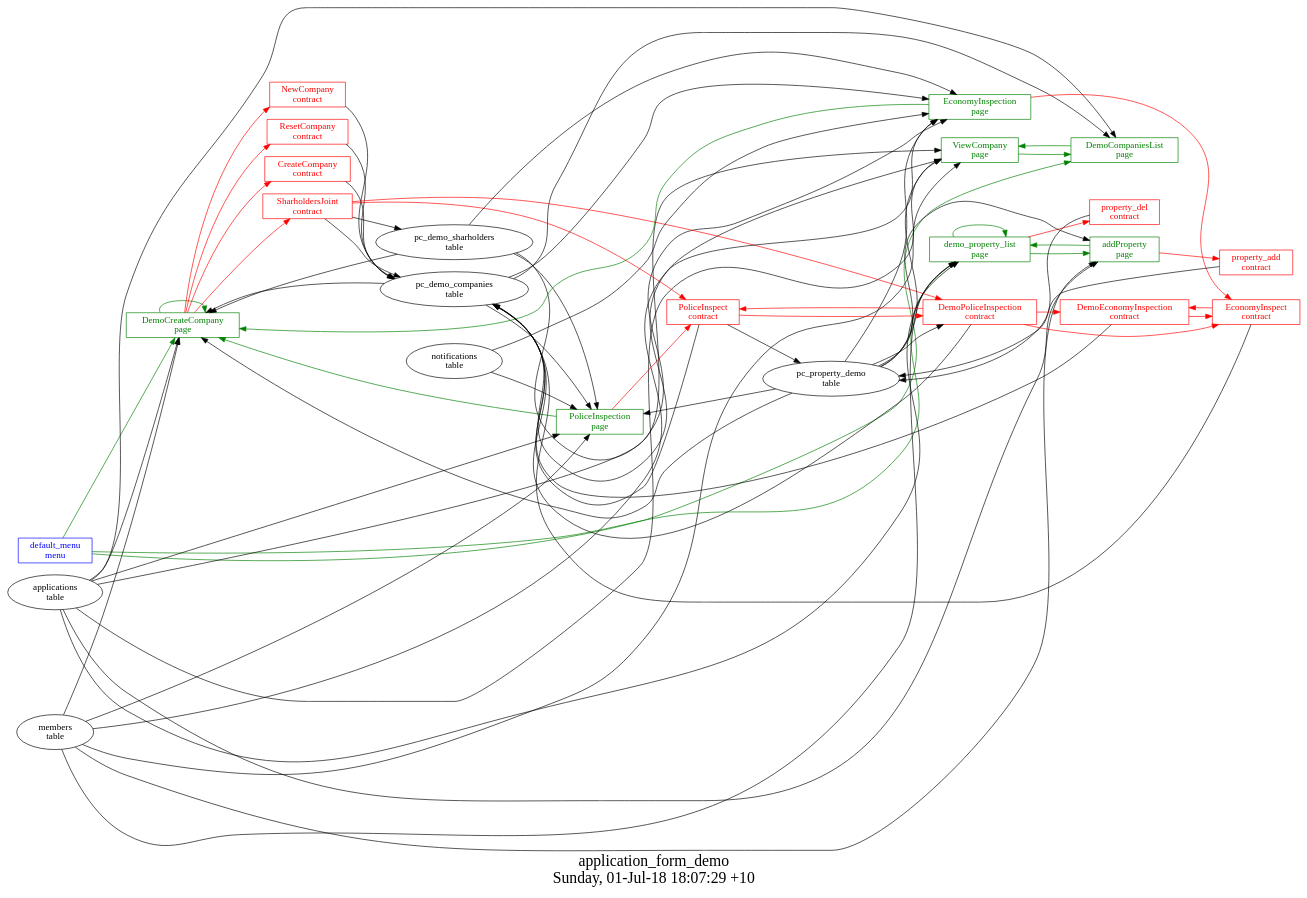
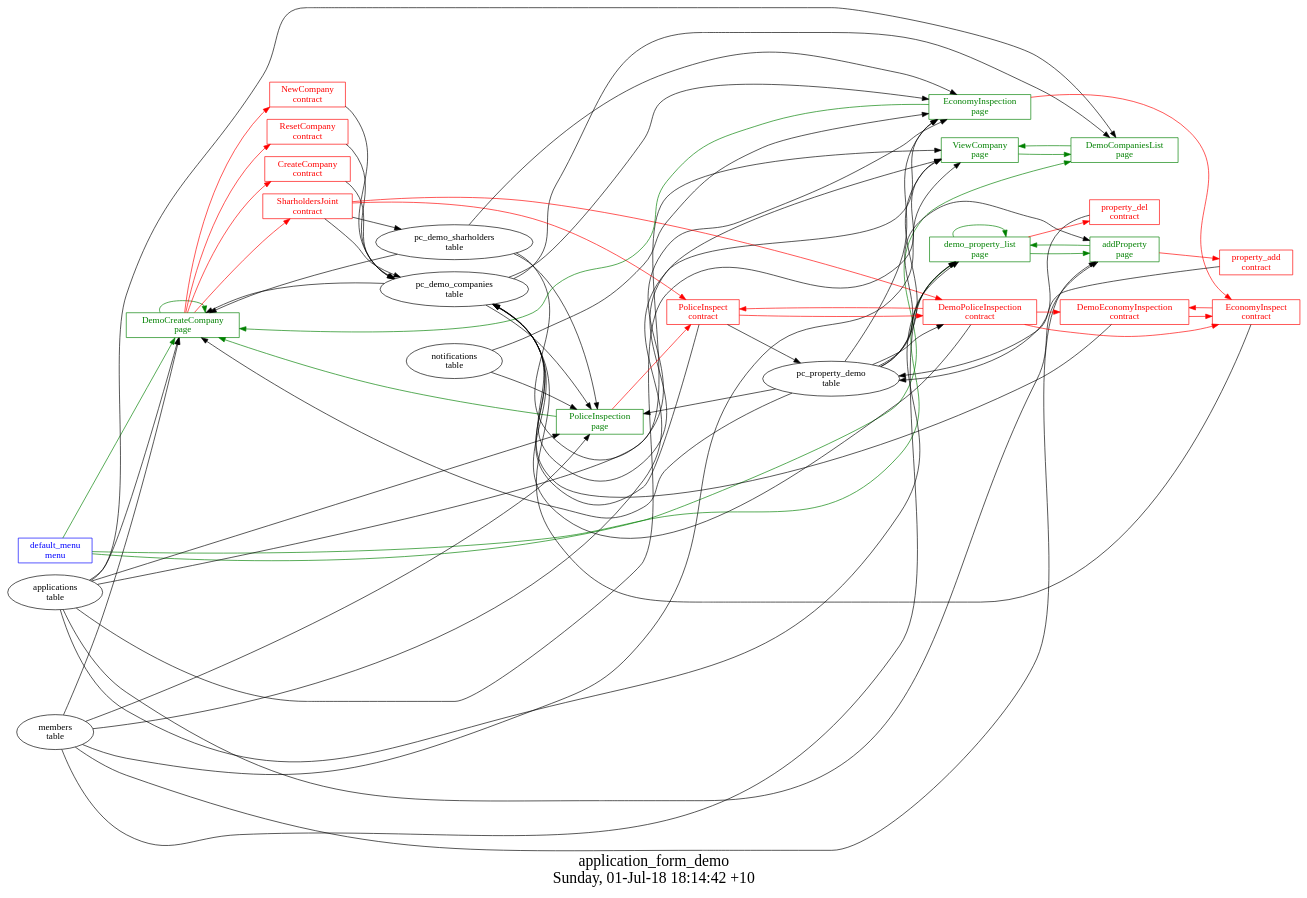
Before and after one commit to AplaProject/apps: the diagram in quick-start/application_form_demo/struct.dot, drawn with Graphviz. The commit also changed 2 other files, not shown here.

```diff
--- a/quick-start/application_form_demo/struct.dot
+++ b/quick-start/application_form_demo/struct.dot
@@ -1,99 +1,99 @@
 digraph G {
 fontsize="24";
-label="application_form_demo\nSunday, 01-Jul-18 18:07:29 +10";
+label="application_form_demo\nSunday, 01-Jul-18 18:14:42 +10";
 nojustify=true;
 ordering=out;
 rankdir=LR;
 size="30";
 "default_menu\nmenu" -> "DemoCreateCompany\npage"  [ color=green ]
 "default_menu\nmenu" -> "demo_property_list\npage"  [ color=green ]
 "default_menu\nmenu" -> "DemoCompaniesList\npage"  [ color=green ]
 "default_menu\nmenu" [color=blue, fontcolor=blue, group=menus, shape=record];
 "pc_demo_companies\ntable" -> "DemoCompaniesList\npage"
 "applications\ntable" -> "DemoCompaniesList\npage"
 "DemoCompaniesList\npage" -> "ViewCompany\npage"  [ color=green ]
 "DemoCompaniesList\npage" [color=green, fontcolor=green, group=pages, shape=record];
 "DemoCreateCompany\npage" -> "NewCompany\ncontract"  [ color=red ]
 "DemoCreateCompany\npage" -> "ResetCompany\ncontract"  [ color=red ]
 "DemoCreateCompany\npage" -> "CreateCompany\ncontract"  [ color=red ]
 "DemoCreateCompany\npage" -> "SharholdersJoint\ncontract"  [ color=red ]
 "applications\ntable" -> "DemoCreateCompany\npage"
 "pc_demo_companies\ntable" -> "DemoCreateCompany\npage"
 "members\ntable" -> "DemoCreateCompany\npage"
 "pc_demo_sharholders\ntable" -> "DemoCreateCompany\npage"
 "pc_property_demo\ntable" -> "DemoCreateCompany\npage"
 "DemoCreateCompany\npage" -> "DemoCreateCompany\npage"  [ color=green ]
 "DemoCreateCompany\npage" [color=green, fontcolor=green, group=pages, shape=record];
 "EconomyInspection\npage" -> "EconomyInspect\ncontract"  [ color=red ]
 "notifications\ntable" -> "EconomyInspection\npage"
 "pc_demo_companies\ntable" -> "EconomyInspection\npage"
 "pc_property_demo\ntable" -> "EconomyInspection\npage"
 "applications\ntable" -> "EconomyInspection\npage"
 "pc_demo_sharholders\ntable" -> "EconomyInspection\npage"
 "members\ntable" -> "EconomyInspection\npage"
 "EconomyInspection\npage" -> "DemoCreateCompany\npage"  [ color=green ]
 "EconomyInspection\npage" [color=green, fontcolor=green, group=pages, shape=record];
 "PoliceInspection\npage" -> "PoliceInspect\ncontract"  [ color=red ]
 "notifications\ntable" -> "PoliceInspection\npage"
 "pc_demo_companies\ntable" -> "PoliceInspection\npage"
 "pc_property_demo\ntable" -> "PoliceInspection\npage"
 "applications\ntable" -> "PoliceInspection\npage"
 "pc_demo_sharholders\ntable" -> "PoliceInspection\npage"
 "members\ntable" -> "PoliceInspection\npage"
 "PoliceInspection\npage" -> "DemoCreateCompany\npage"  [ color=green ]
 "PoliceInspection\npage" [color=green, fontcolor=green, group=pages, shape=record];
 "pc_demo_companies\ntable" -> "ViewCompany\npage"
 "pc_property_demo\ntable" -> "ViewCompany\npage"
 "applications\ntable" -> "ViewCompany\npage"
 "pc_demo_sharholders\ntable" -> "ViewCompany\npage"
 "members\ntable" -> "ViewCompany\npage"
 "ViewCompany\npage" -> "DemoCompaniesList\npage"  [ color=green ]
 "ViewCompany\npage" [color=green, fontcolor=green, group=pages, shape=record];
 "addProperty\npage" -> "property_add\ncontract"  [ color=red ]
 "applications\ntable" -> "addProperty\npage"
 "pc_property_demo\ntable" -> "addProperty\npage"
 "members\ntable" -> "addProperty\npage"
 "addProperty\npage" -> "demo_property_list\npage"  [ color=green ]
 "addProperty\npage" [color=green, fontcolor=green, group=pages, shape=record];
 "demo_property_list\npage" -> "property_del\ncontract"  [ color=red ]
 "pc_property_demo\ntable" -> "demo_property_list\npage"
 "applications\ntable" -> "demo_property_list\npage"
 "members\ntable" -> "demo_property_list\npage"
 "demo_property_list\npage" -> "demo_property_list\npage"  [ color=green ]
 "demo_property_list\npage" -> "addProperty\npage"  [ color=green ]
 "demo_property_list\npage" [color=green, fontcolor=green, group=pages, shape=record];
 "CreateCompany\ncontract" -> "pc_demo_companies\ntable"  [ color="" ]
 "CreateCompany\ncontract" [color=red, fontcolor=red, group=contracts, shape=record];
 "DemoEconomyInspection\ncontract" -> "EconomyInspect\ncontract"  [ color=red ]
 "DemoEconomyInspection\ncontract" -> "pc_demo_companies\ntable"  [ color="" ]
 "DemoEconomyInspection\ncontract" [color=red, fontcolor=red, group=contracts, shape=record];
 "DemoPoliceInspection\ncontract" -> "DemoEconomyInspection\ncontract"  [ color=red ]
 "DemoPoliceInspection\ncontract" -> "EconomyInspect\ncontract"  [ color=red ]
 "DemoPoliceInspection\ncontract" -> "PoliceInspect\ncontract"  [ color=red ]
 "DemoPoliceInspection\ncontract" -> "pc_demo_companies\ntable"  [ color="" ]
 "pc_property_demo\ntable" -> "DemoPoliceInspection\ncontract"
 "DemoPoliceInspection\ncontract" [color=red, fontcolor=red, group=contracts, shape=record];
 "EconomyInspect\ncontract" -> "DemoEconomyInspection\ncontract"  [ color=red ]
 "EconomyInspect\ncontract" -> "pc_demo_companies\ntable"  [ color="" ]
 "EconomyInspect\ncontract" [color=red, fontcolor=red, group=contracts, shape=record];
 "NewCompany\ncontract" -> "pc_demo_companies\ntable"  [ color="" ]
 "NewCompany\ncontract" [color=red, fontcolor=red, group=contracts, shape=record];
 "PoliceInspect\ncontract" -> "DemoPoliceInspection\ncontract"  [ color=red ]
 "PoliceInspect\ncontract" -> "pc_demo_companies\ntable"  [ color="" ]
 "PoliceInspect\ncontract" -> "pc_property_demo\ntable"  [ color="" ]
 "PoliceInspect\ncontract" [color=red, fontcolor=red, group=contracts, shape=record];
 "ResetCompany\ncontract" -> "pc_demo_companies\ntable"  [ color="" ]
 "ResetCompany\ncontract" [color=red, fontcolor=red, group=contracts, shape=record];
 "SharholdersJoint\ncontract" -> "DemoPoliceInspection\ncontract"  [ color=red ]
 "SharholdersJoint\ncontract" -> "PoliceInspect\ncontract"  [ color=red ]
 "SharholdersJoint\ncontract" -> "pc_demo_sharholders\ntable"  [ color="" ]
 "SharholdersJoint\ncontract" -> "pc_demo_companies\ntable"  [ color="" ]
 "SharholdersJoint\ncontract" [color=red, fontcolor=red, group=contracts, shape=record];
 "property_add\ncontract" -> "pc_property_demo\ntable"  [ color="" ]
 "property_add\ncontract" [color=red, fontcolor=red, group=contracts, shape=record];
 "property_del\ncontract" -> "pc_property_demo\ntable"  [ color="" ]
 "property_del\ncontract" [color=red, fontcolor=red, group=contracts, shape=record];
 "pc_demo_companies\ntable" [color="", fontcolor="", group=tables, shape=""];
 "pc_demo_sharholders\ntable" [color="", fontcolor="", group=tables, shape=""];
 "pc_property_demo\ntable" [color="", fontcolor="", group=tables, shape=""];
 }
```
